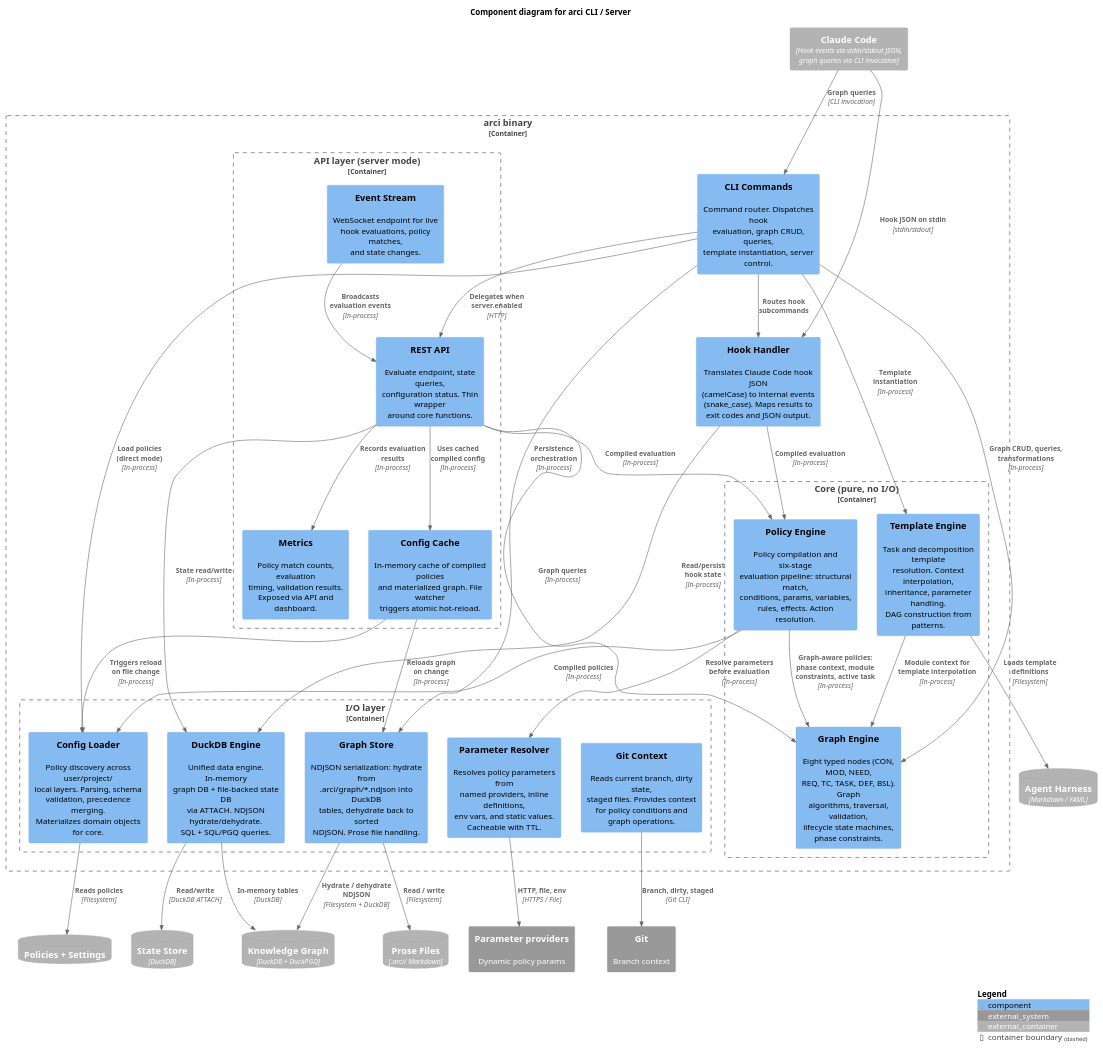
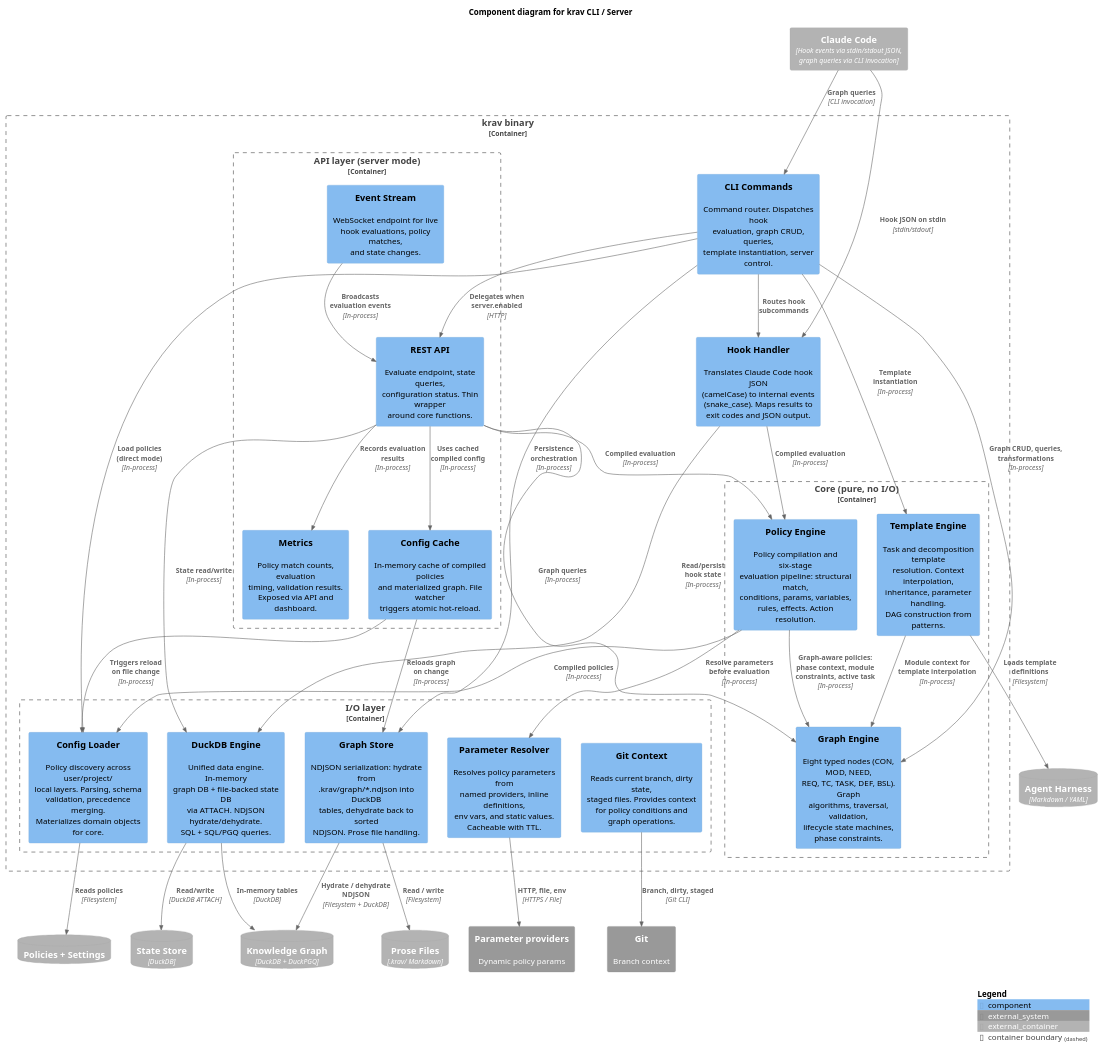
One commit to krav-sh/krav changed the diagram in docs/design/diagrams/krav-c4-component.puml. Above: the diagram before and after it, drawn with PlantUML. The commit also changed 111 other files, not shown here.

```diff
--- a/docs/design/diagrams/krav-c4-component.puml
+++ b/docs/design/diagrams/krav-c4-component.puml
@@ -1,102 +1,102 @@
-@startuml arci-c4-component
+@startuml krav-c4-component
 !include <C4/C4_Component>
 
-title Component diagram for arci CLI / Server
+title Component diagram for krav CLI / Server
 
 Container_Ext(claude_code, "Claude Code", "Hook events via stdin/stdout JSON,\ngraph queries via CLI invocation")
 ContainerDb_Ext(state_store, "State Store", "DuckDB")
 ContainerDb_Ext(graph_db, "Knowledge Graph", "DuckDB + DuckPGQ")
-ContainerDb_Ext(prose_files, "Prose Files", ".arci/ Markdown")
+ContainerDb_Ext(prose_files, "Prose Files", ".krav/ Markdown")
 ContainerDb_Ext(policy_config, "Policies + Settings", "")
 ContainerDb_Ext(harness_config, "Agent Harness", "Markdown / YAML")
 System_Ext(git, "Git", "Branch context")
 System_Ext(param_providers, "Parameter providers", "Dynamic policy params")
 
-Container_Boundary(arci_binary, "arci binary") {
+Container_Boundary(krav_binary, "krav binary") {
 
     Component(cli_commands, "CLI Commands", "", "Command router. Dispatches hook\nevaluation, graph CRUD, queries,\ntemplate instantiation, server control.")
 
     Component(hook_handler, "Hook Handler", "", "Translates Claude Code hook JSON\n(camelCase) to internal events\n(snake_case). Maps results to\nexit codes and JSON output.")
 
     Container_Boundary(core, "Core (pure, no I/O)") {
         Component(policy_engine, "Policy Engine", "", "Policy compilation and six-stage\nevaluation pipeline: structural match,\nconditions, params, variables,\nrules, effects. Action resolution.")
 
         Component(graph_engine, "Graph Engine", "", "Eight typed nodes (CON, MOD, NEED,\nREQ, TC, TASK, DEF, BSL). Graph\nalgorithms, traversal, validation,\nlifecycle state machines, phase constraints.")
 
         Component(template_engine, "Template Engine", "", "Task and decomposition template\nresolution. Context interpolation,\ninheritance, parameter handling.\nDAG construction from patterns.")
     }
 
     Container_Boundary(io, "I/O layer") {
         Component(config_loader, "Config Loader", "", "Policy discovery across user/project/\nlocal layers. Parsing, schema\nvalidation, precedence merging.\nMaterializes domain objects for core.")
 
         Component(duckdb_engine, "DuckDB Engine", "", "Unified data engine. In-memory\ngraph DB + file-backed state DB\nvia ATTACH. NDJSON hydrate/dehydrate.\nSQL + SQL/PGQ queries.")
 
-        Component(graph_store, "Graph Store", "", "NDJSON serialization: hydrate from\n.arci/graph/*.ndjson into DuckDB\ntables, dehydrate back to sorted\nNDJSON. Prose file handling.")
+        Component(graph_store, "Graph Store", "", "NDJSON serialization: hydrate from\n.krav/graph/*.ndjson into DuckDB\ntables, dehydrate back to sorted\nNDJSON. Prose file handling.")
 
         Component(param_resolver, "Parameter Resolver", "", "Resolves policy parameters from\nnamed providers, inline definitions,\nenv vars, and static values.\nCacheable with TTL.")
 
         Component(git_provider, "Git Context", "", "Reads current branch, dirty state,\nstaged files. Provides context\nfor policy conditions and\ngraph operations.")
     }
 
     Container_Boundary(api, "API layer (server mode)") {
         Component(http_api, "REST API", "", "Evaluate endpoint, state queries,\nconfiguration status. Thin wrapper\naround core functions.")
 
         Component(ws_events, "Event Stream", "", "WebSocket endpoint for live\nhook evaluations, policy matches,\nand state changes.")
 
         Component(config_cache, "Config Cache", "", "In-memory cache of compiled policies\nand materialized graph. File watcher\ntriggers atomic hot-reload.")
 
         Component(metrics, "Metrics", "", "Policy match counts, evaluation\ntiming, validation results.\nExposed via API and dashboard.")
     }
 }
 
 ' === External inbound ===
 Rel(claude_code, hook_handler, "Hook JSON on stdin", "stdin/stdout")
 Rel(claude_code, cli_commands, "Graph queries", "CLI invocation")
 
 ' === CLI dispatch ===
 Rel(cli_commands, hook_handler, "Routes hook\nsubcommands")
 Rel(cli_commands, graph_engine, "Graph CRUD, queries,\ntransformations", "In-process")
 Rel(cli_commands, template_engine, "Template\ninstantiation", "In-process")
 
 ' === Hook evaluation path ===
 Rel(hook_handler, policy_engine, "Compiled evaluation", "In-process")
 Rel(hook_handler, duckdb_engine, "Read/persist\nhook state", "In-process")
 
 ' === Core cross-references ===
 Rel(policy_engine, graph_engine, "Graph-aware policies:\nphase context, module\nconstraints, active task", "In-process")
 Rel(template_engine, graph_engine, "Module context for\ntemplate interpolation", "In-process")
 
 ' === Core to I/O ===
 Rel(policy_engine, param_resolver, "Resolve parameters\nbefore evaluation", "In-process")
 Rel(policy_engine, config_loader, "Compiled policies", "In-process")
 
 ' === I/O to storage ===
 Rel(config_loader, policy_config, "Reads policies", "Filesystem")
 Rel(graph_store, graph_db, "Hydrate / dehydrate\nNDJSON", "Filesystem + DuckDB")
 Rel(graph_store, prose_files, "Read / write", "Filesystem")
 Rel(duckdb_engine, state_store, "Read/write", "DuckDB ATTACH")
 Rel(duckdb_engine, graph_db, "In-memory tables", "DuckDB")
 Rel(param_resolver, param_providers, "HTTP, file, env", "HTTPS / File")
 Rel(git_provider, git, "Branch, dirty, staged", "Git CLI")
 
 ' === Graph engine to store ===
 Rel(cli_commands, graph_store, "Persistence\norchestration", "In-process")
 Rel(cli_commands, config_loader, "Load policies\n(direct mode)", "In-process")
 
 ' === Template to harness config ===
 Rel(template_engine, harness_config, "Loads template\ndefinitions", "Filesystem")
 
 ' === API layer (server mode) ===
 Rel(cli_commands, http_api, "Delegates when\nserver.enabled", "HTTP")
 Rel(http_api, policy_engine, "Compiled evaluation", "In-process")
 Rel(http_api, graph_engine, "Graph queries", "In-process")
 Rel(http_api, duckdb_engine, "State read/write", "In-process")
 Rel(config_cache, config_loader, "Triggers reload\non file change", "In-process")
 Rel(config_cache, graph_store, "Reloads graph\non change", "In-process")
 Rel(http_api, config_cache, "Uses cached\ncompiled config", "In-process")
 Rel(http_api, metrics, "Records evaluation\nresults", "In-process")
 Rel(ws_events, http_api, "Broadcasts\nevaluation events", "In-process")
 
 SHOW_LEGEND()
 
 @enduml
```
